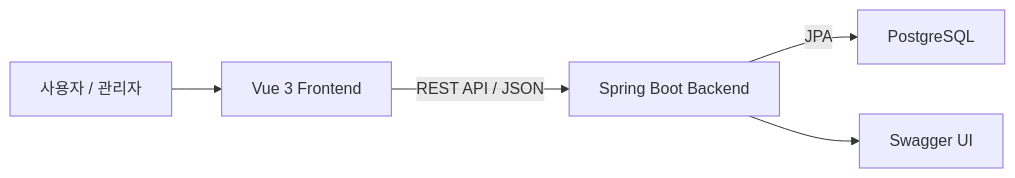
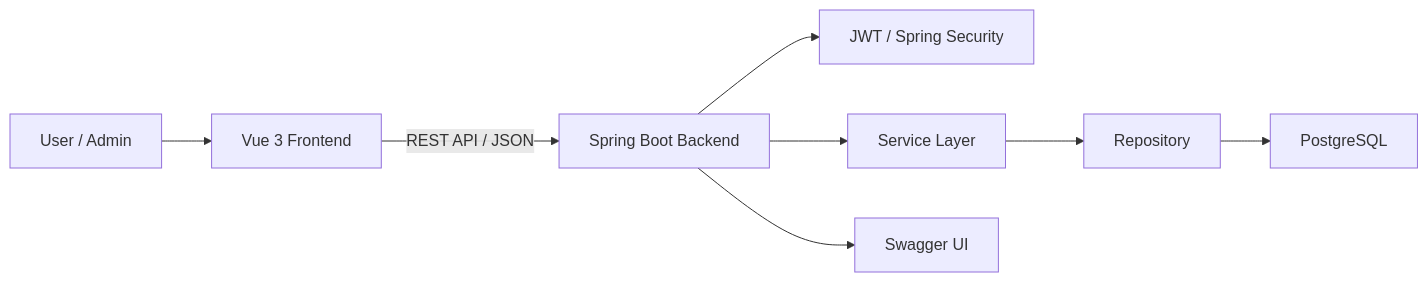
The first of 2 diagrams in README.md (woongpro416/IKEA-shopping-mall), drawn with Mermaid before and after one commit. The commit also changed other lines of this file, not shown here.

````diff
--- a/README.md
+++ b/README.md
@@ -76,7 +53,10 @@
 ```mermaid
 flowchart LR
-    U["사용자 / 관리자"] --> F["Vue 3 Frontend"]
-    F -->|REST API / JSON| B["Spring Boot Backend"]
-    B -->|JPA| D["PostgreSQL"]
-    B --> S["Swagger UI"]
+    User["User / Admin"] --> FE["Vue 3 Frontend"]
+    FE -->|REST API / JSON| BE["Spring Boot Backend"]
+    BE --> Security["JWT / Spring Security"]
+    BE --> Service["Service Layer"]
+    Service --> Repo["Repository"]
+    Repo --> DB["PostgreSQL"]
+    BE --> Swagger["Swagger UI"]
 ```
````
